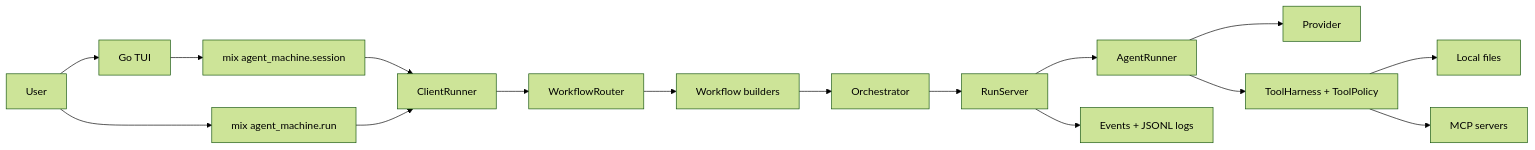
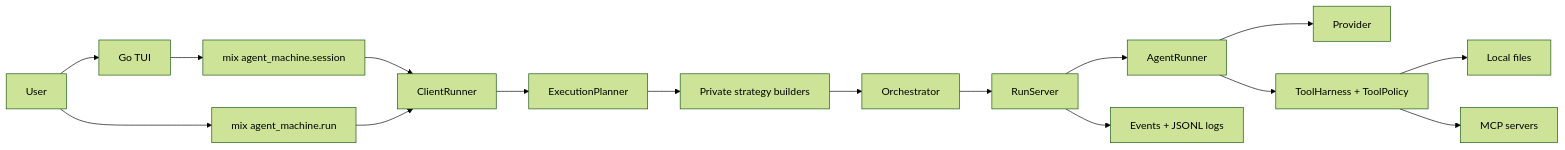
One commit to pawel-dubiel/AgentMachine changed the diagram in README.md. Above: the diagram before and after it, drawn with Mermaid (forest theme). The commit also changed other lines of this file and 55 other files, not shown here.

First line of the commit message:
refactor(runtime): unify public workflows into internal execution strategies

````diff
--- a/README.md
+++ b/README.md
@@ -726,18 +722,18 @@
 ```mermaid
 flowchart LR
   User["User"] --> TUI["Go TUI"]
   User --> CLI["mix agent_machine.run"]
   TUI --> Session["mix agent_machine.session"]
   Session --> ClientRunner["ClientRunner"]
   CLI --> ClientRunner
-  ClientRunner --> Router["WorkflowRouter"]
-  Router --> Workflows["Workflow builders"]
-  Workflows --> Orchestrator["Orchestrator"]
+  ClientRunner --> Planner["ExecutionPlanner"]
+  Planner --> Strategies["Private strategy builders"]
+  Strategies --> Orchestrator["Orchestrator"]
   Orchestrator --> RunServer["RunServer"]
   RunServer --> AgentRunner["AgentRunner"]
   AgentRunner --> Provider["Provider"]
   AgentRunner --> Tools["ToolHarness + ToolPolicy"]
   Tools --> Files["Local files"]
   Tools --> MCP["MCP servers"]
   RunServer --> Logs["Events + JSONL logs"]
 ```
````
